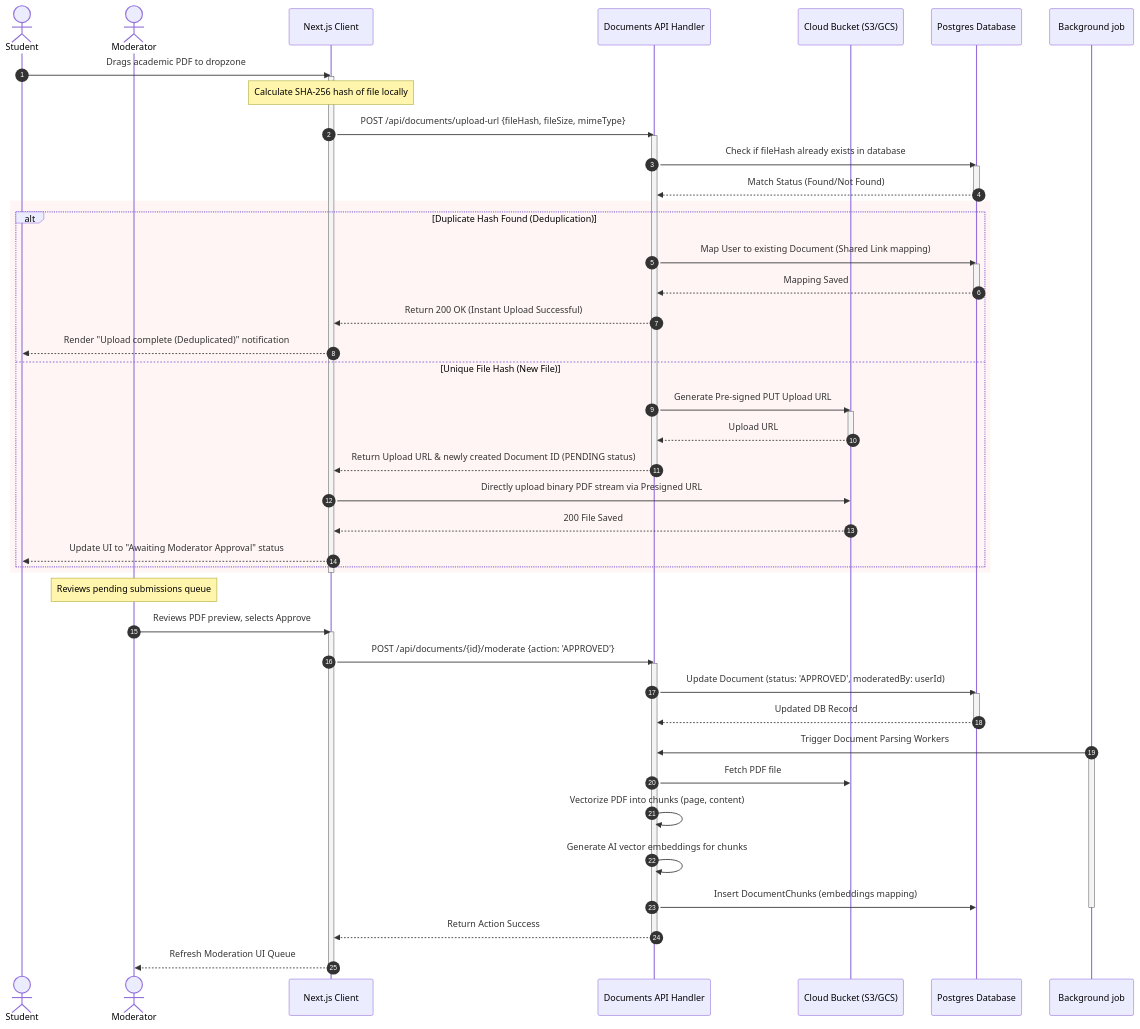
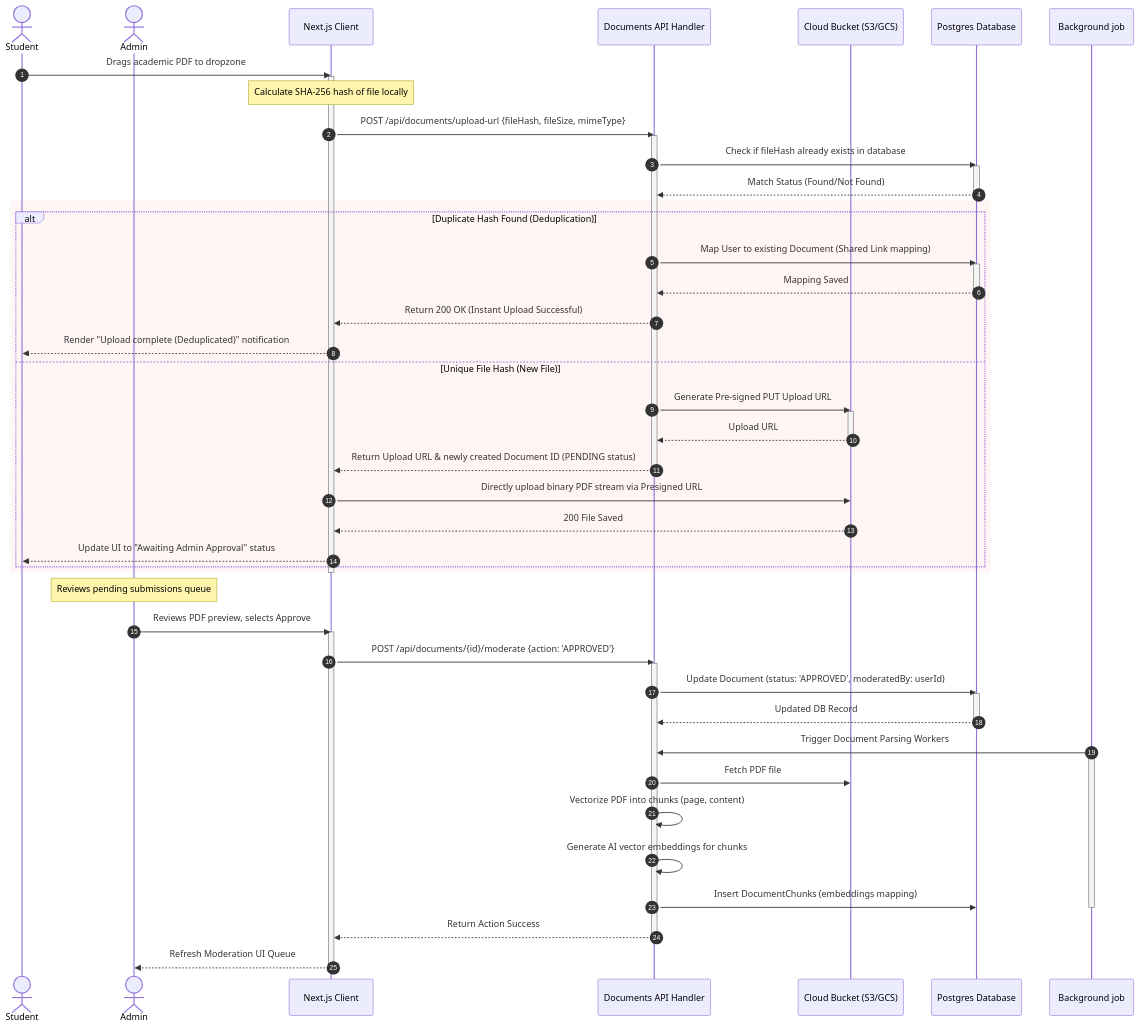
Before and after one commit to TrungHieu-09/AI-Research-Platform-FE: the second of 4 diagrams in BE/docs/backend/sequence_diagrams.md, drawn with Mermaid. The commit also changed 3 other files, not shown here.

````diff
--- a/BE/docs/backend/sequence_diagrams.md
+++ b/BE/docs/backend/sequence_diagrams.md
@@ -75,66 +75,66 @@
 ```mermaid
 sequenceDiagram
     autonumber
     actor Student
-    actor Mod as Moderator
+    actor Mod as Admin
     participant App as Next.js Client
     participant DocAPI as Documents API Handler
     participant Storage as Cloud Bucket (S3/GCS)
     participant DB as Postgres Database
     
     Student->>App: Drags academic PDF to dropzone
     activate App
     Note over App: Calculate SHA-256 hash of file locally
     App->>DocAPI: POST /api/documents/upload-url {fileHash, fileSize, mimeType}
     activate DocAPI
     DocAPI->>DB: Check if fileHash already exists in database
     activate DB
     DB-->>DocAPI: Match Status (Found/Not Found)
     deactivate DB
 
     rect rgb(255, 245, 245)
         alt Duplicate Hash Found (Deduplication)
             DocAPI->>DB: Map User to existing Document (Shared Link mapping)
             activate DB
             DB-->>DocAPI: Mapping Saved
             deactivate DB
             DocAPI-->>App: Return 200 OK (Instant Upload Successful)
             App-->>Student: Render "Upload complete (Deduplicated)" notification
         else Unique File Hash (New File)
             DocAPI->>Storage: Generate Pre-signed PUT Upload URL
             activate Storage
             Storage-->>DocAPI: Upload URL
             deactivate Storage
             DocAPI-->>App: Return Upload URL & newly created Document ID (PENDING status)
             deactivate DocAPI
             App->>Storage: Directly upload binary PDF stream via Presigned URL
             Storage-->>App: 200 File Saved
-            App-->>Student: Update UI to "Awaiting Moderator Approval" status
+            App-->>Student: Update UI to "Awaiting Admin Approval" status
         end
     end
     deactivate App
 
     %% Moderation Flow
     Note over Mod: Reviews pending submissions queue
     Mod->>App: Reviews PDF preview, selects Approve
     activate App
     App->>DocAPI: POST /api/documents/{id}/moderate {action: 'APPROVED'}
     activate DocAPI
     DocAPI->>DB: Update Document (status: 'APPROVED', moderatedBy: userId)
     activate DB
     DB-->>DocAPI: Updated DB Record
     deactivate DB
     
     Background job->>DocAPI: Trigger Document Parsing Workers
     activate Background job
     DocAPI->>Storage: Fetch PDF file
     DocAPI->>DocAPI: Vectorize PDF into chunks (page, content)
     DocAPI->>DocAPI: Generate AI vector embeddings for chunks
     DocAPI->>DB: Insert DocumentChunks (embeddings mapping)
     deactivate Background job
 
     DocAPI-->>App: Return Action Success
     deactivate DocAPI
     App-->>Mod: Refresh Moderation UI Queue
     deactivate App
 ```
````
